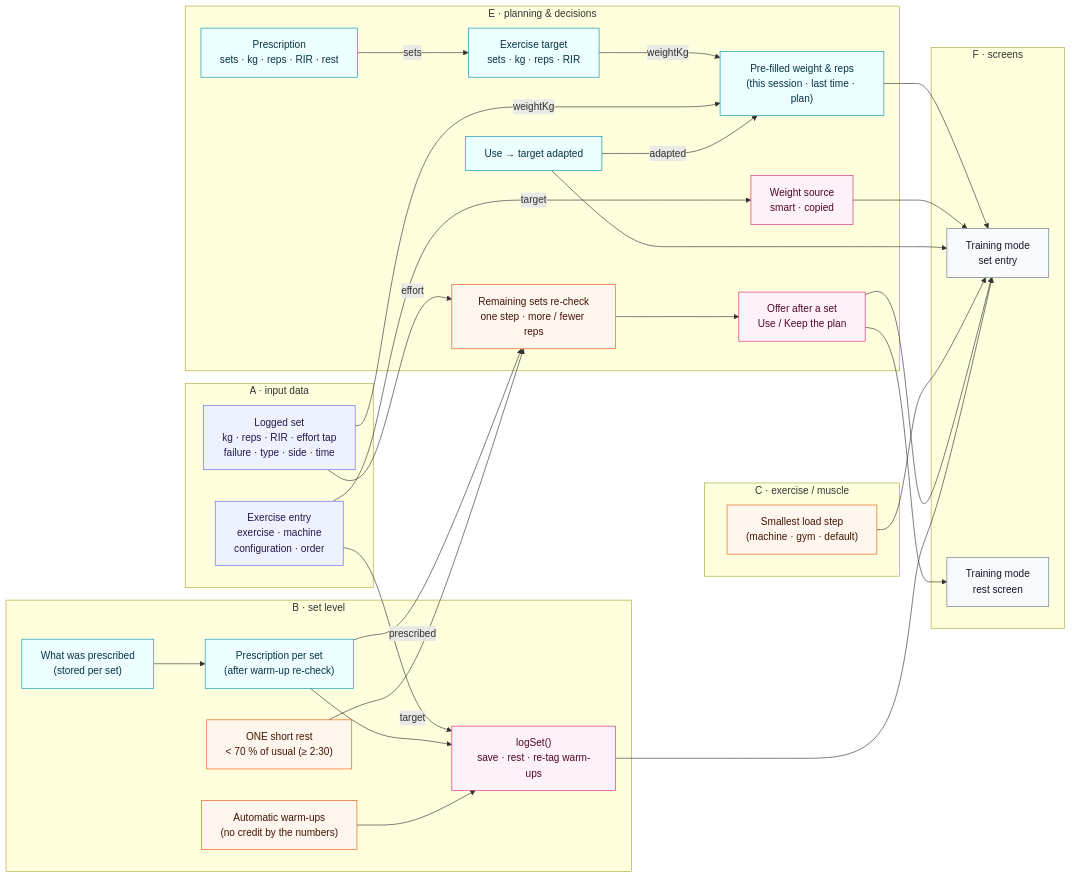
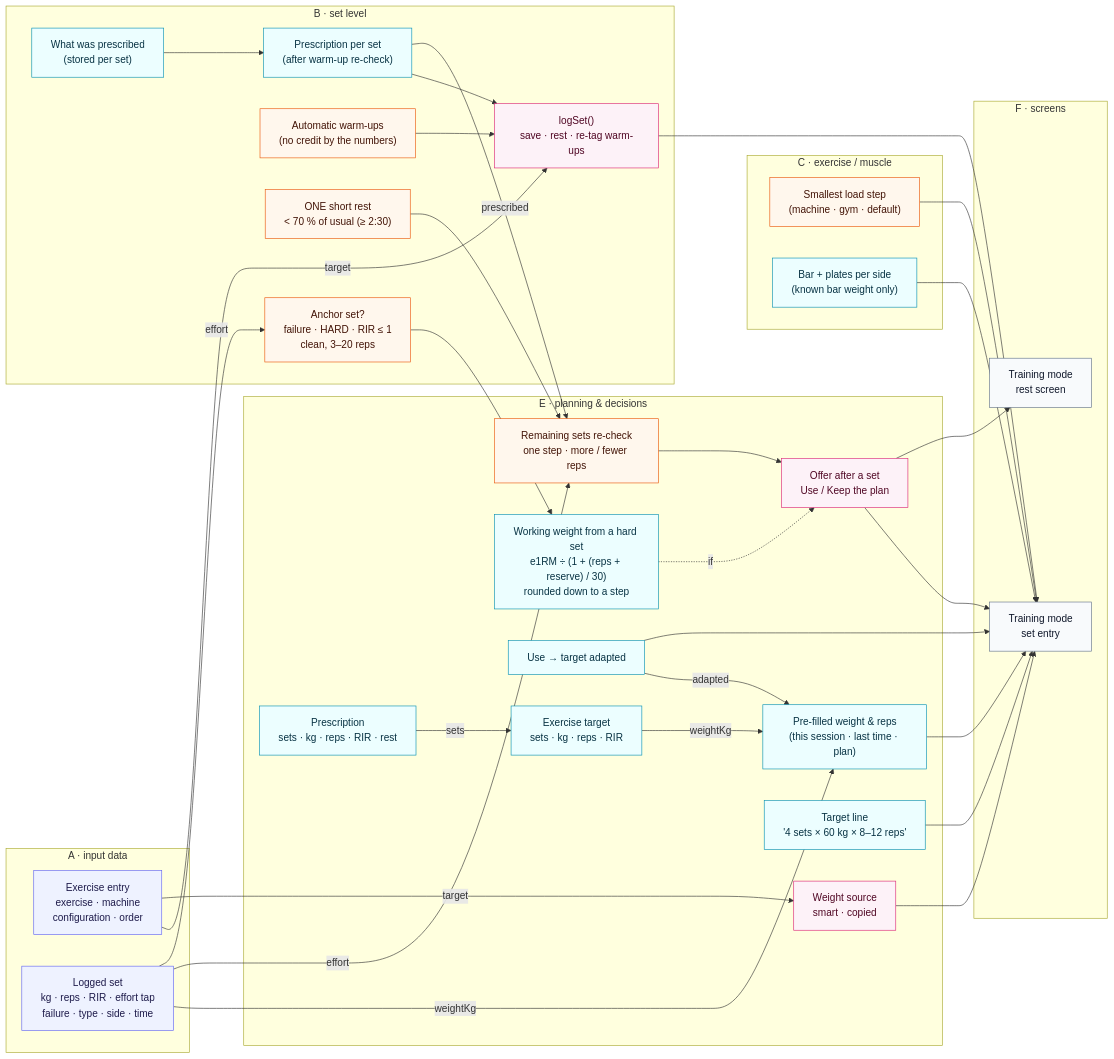
One commit to seniashinmaksim/gym-rat changed the seventh of 8 diagrams in docs/FORMULA_DEPENDENCY_MAP.md. Above: the diagram before and after it, drawn with Mermaid. The commit also changed other lines of this file and 55 other files, not shown here.

````diff
--- a/docs/FORMULA_DEPENDENCY_MAP.md
+++ b/docs/FORMULA_DEPENDENCY_MAP.md
@@ -527,56 +535,65 @@
 ```mermaid
 flowchart LR
   subgraph A["A · input data"]
     in_ex["Exercise entry<br/>exercise · machine<br/>configuration · order"]:::input
     in_set["Logged set<br/>kg · reps · RIR · effort tap<br/>failure · type · side · time"]:::input
   end
   subgraph B["B · set level"]
     logset["logSet()<br/>save · rest · re-tag warm-ups"]:::decision
     prescrec["What was prescribed<br/>(stored per set)"]:::formula
     withpresc["Prescription per set<br/>(after warm-up re-check)"]:::formula
     warmups["Automatic warm-ups<br/>(no credit by the numbers)"]:::rule
     shortrest["ONE short rest<br/>< 70 % of usual (≥ 2:30)"]:::rule
+    anchor["Anchor set?<br/>failure · HARD · RIR ≤ 1<br/>clean, 3–20 reps"]:::rule
   end
   subgraph C["C · exercise / muscle"]
     loadstep["Smallest load step<br/>(machine · gym · default)"]:::rule
+    barsplit["Bar + plates per side<br/>(known bar weight only)"]:::formula
   end
   subgraph E["E · planning & decisions"]
     prescribe["Prescription<br/>sets · kg · reps · RIR · rest"]:::formula
     targetp["Exercise target<br/>sets · kg · reps · RIR"]:::formula
     prefill["Pre-filled weight & reps<br/>(this session · last time · plan)"]:::formula
     wsource["Weight source<br/>smart · copied"]:::decision
     adapt["Remaining sets re-check<br/>one step · more / fewer reps"]:::rule
     applyoffer["Use → target adapted"]:::formula
     offer["Offer after a set<br/>Use / Keep the plan"]:::decision
+    calcw["Working weight from a hard set<br/>e1RM ÷ (1 + (reps + reserve) / 30)<br/>rounded down to a step"]:::formula
+    ttext["Target line<br/>'4 sets × 60 kg × 8–12 reps'"]:::formula
   end
   subgraph F["F · screens"]
     ui_sets["Training mode<br/>set entry"]:::ui
     ui_rest["Training mode<br/>rest screen"]:::ui
   end
   prescribe -->|sets| targetp
   targetp -->|weightKg| prefill
   in_ex -->|target| logset
   in_set -->|weightKg| prefill
   prefill --> ui_sets
   wsource --> ui_sets
   prescrec --> withpresc
   withpresc --> logset
   warmups --> logset
   withpresc -->|prescribed| adapt
   in_set -->|effort| adapt
   shortrest --> adapt
   in_ex -->|target| wsource
   applyoffer -->|adapted| prefill
   applyoffer --> ui_sets
   loadstep --> ui_sets
   adapt --> offer
+  anchor --> calcw
+  calcw -.->|if| offer
+  in_set -->|effort| anchor
+  ttext --> ui_sets
+  barsplit --> ui_sets
   offer --> ui_sets
   offer --> ui_rest
   logset --> ui_sets
   classDef input fill:#eef2ff,stroke:#6366f1,color:#1e1b4b
   classDef formula fill:#ecfeff,stroke:#0891b2,color:#083344
   classDef rule fill:#fff7ed,stroke:#ea580c,color:#431407
   classDef aggregation fill:#f0fdf4,stroke:#16a34a,color:#052e16
   classDef decision fill:#fdf2f8,stroke:#db2777,color:#500724
   classDef ui fill:#f8fafc,stroke:#64748b,color:#0f172a
 ```
````
